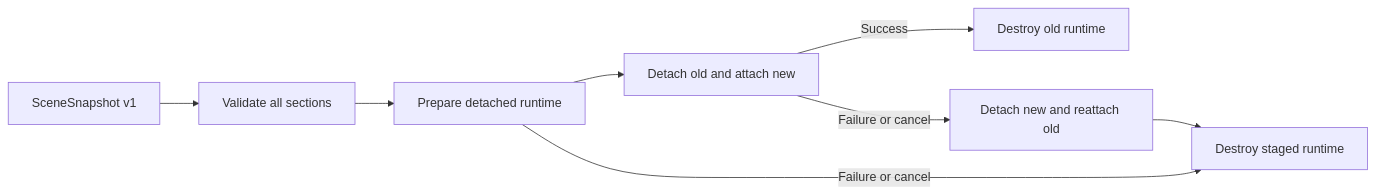
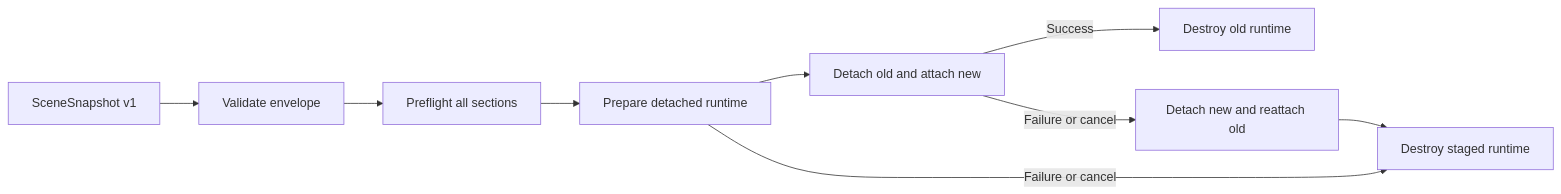
Before and after one commit to nangongwentian-fe/kairos3d-cesium: the diagram in apps/docs/guide/scene-transactions.md, drawn with Mermaid. The commit also changed other lines of this file and 29 other files, not shown here.

````diff
--- a/apps/docs/guide/scene-transactions.md
+++ b/apps/docs/guide/scene-transactions.md
@@ -83,10 +87,11 @@
 ```mermaid
 flowchart LR
-    Input["SceneSnapshot v1"] --> Validate["Validate all sections"]
-    Validate --> Prepare["Prepare detached runtime"]
+    Input["SceneSnapshot v1"] --> Validate["Validate envelope"]
+    Validate --> Preflight["Preflight all sections"]
+    Preflight --> Prepare["Prepare detached runtime"]
     Prepare --> Commit["Detach old and attach new"]
     Commit -->|"Success"| Finalize["Destroy old runtime"]
     Prepare -->|"Failure or cancel"| Dispose["Destroy staged runtime"]
     Commit -->|"Failure or cancel"| Rollback["Detach new and reattach old"]
     Rollback --> Dispose
 ```
````
